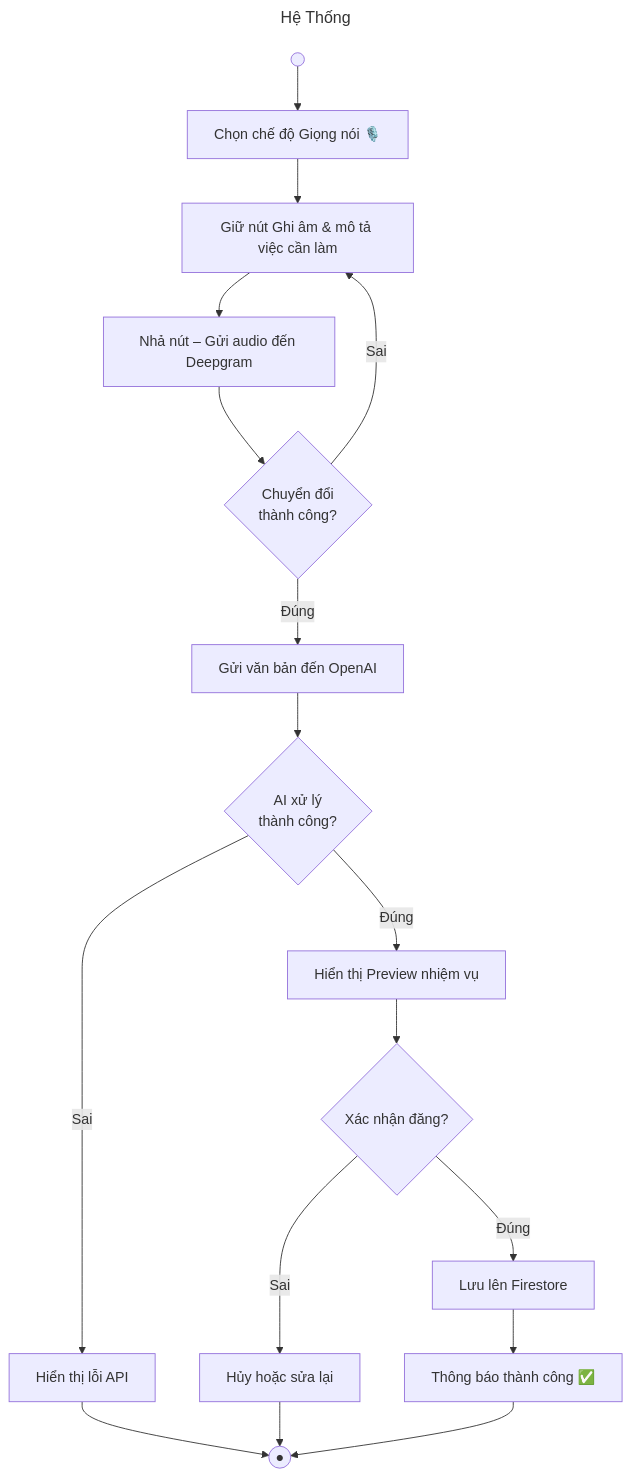
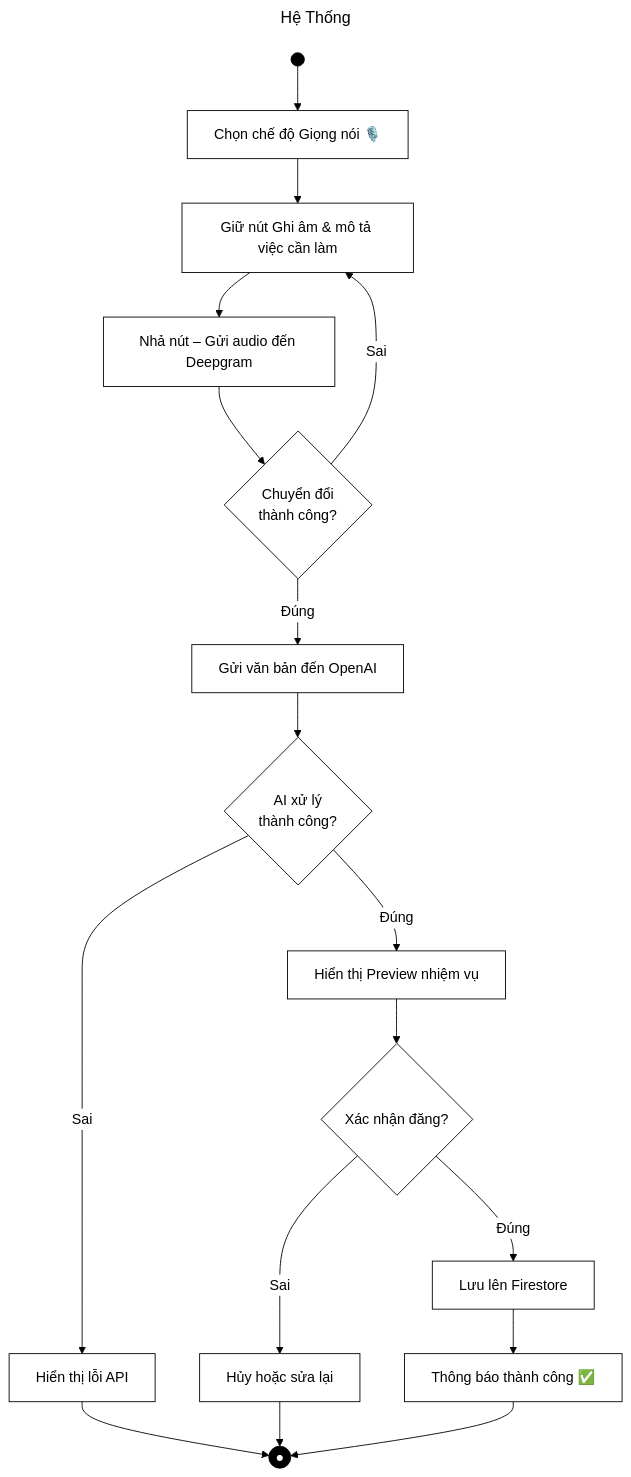
Diagram 13 of 22 in Activity_Diagrams.md (Babiboyy55/TaskHeroPKA), drawn with Mermaid before and after one commit. The commit also changed other lines of this file, not shown here.

````diff
--- a/Activity_Diagrams.md
+++ b/Activity_Diagrams.md
@@ -226,20 +262,23 @@
 ```mermaid
 ---
 title: Hệ Thống
 ---
+%%{init: {'theme':'base', 'themeVariables': {'primaryColor':'#ffffff', 'primaryBorderColor':'#000000', 'primaryTextColor':'#000000', 'lineColor':'#000000', 'edgeLabelBackground':'#ffffff', 'tertiaryColor':'#ffffff'}}}%%
 flowchart TD
-    S(( )) --> A[Chọn chế độ Giọng nói 🎙️]
+    classDef default fill:#ffffff,stroke:#000000,stroke-width:1px,color:#000000;
+    classDef blackNode fill:#000000,stroke:#000000,stroke-width:1px,color:#ffffff;
+    S(( )):::blackNode --> A[Chọn chế độ Giọng nói 🎙️]
     A --> B[Giữ nút Ghi âm & mô tả việc cần làm]
     B --> C[Nhả nút – Gửi audio đến Deepgram]
     C --> D1{Chuyển đổi\nthành công?}
     D1 -- Sai --> B
     D1 -- Đúng --> E[Gửi văn bản đến OpenAI]
     E --> D2{AI xử lý\nthành công?}
     D2 -- Sai --> X[Hiển thị lỗi API]
     D2 -- Đúng --> F[Hiển thị Preview nhiệm vụ]
     F --> D3{Xác nhận đăng?}
     D3 -- Sai --> G[Hủy hoặc sửa lại]
     D3 -- Đúng --> H[Lưu lên Firestore]
     H --> I[Thông báo thành công ✅]
-    X & G & I --> Z((●))
+    X & G & I --> Z((●)):::blackNode
 ```
````
